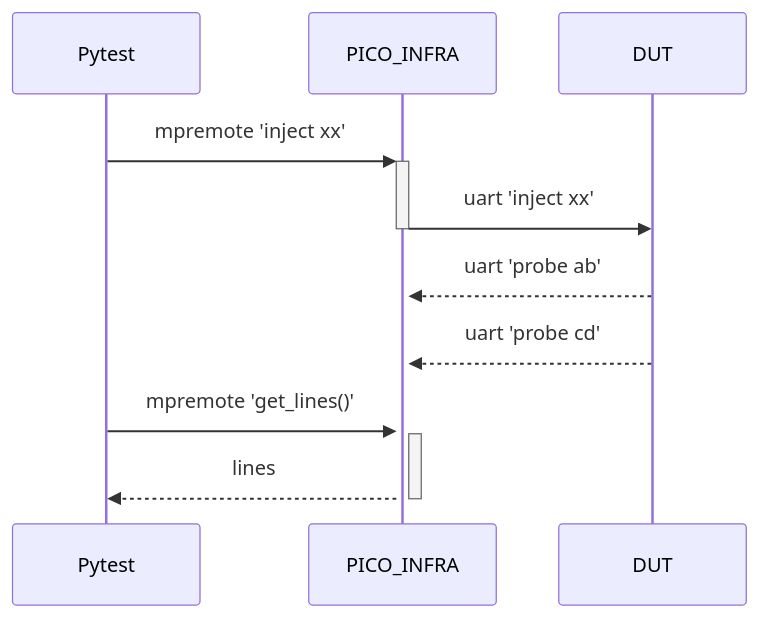
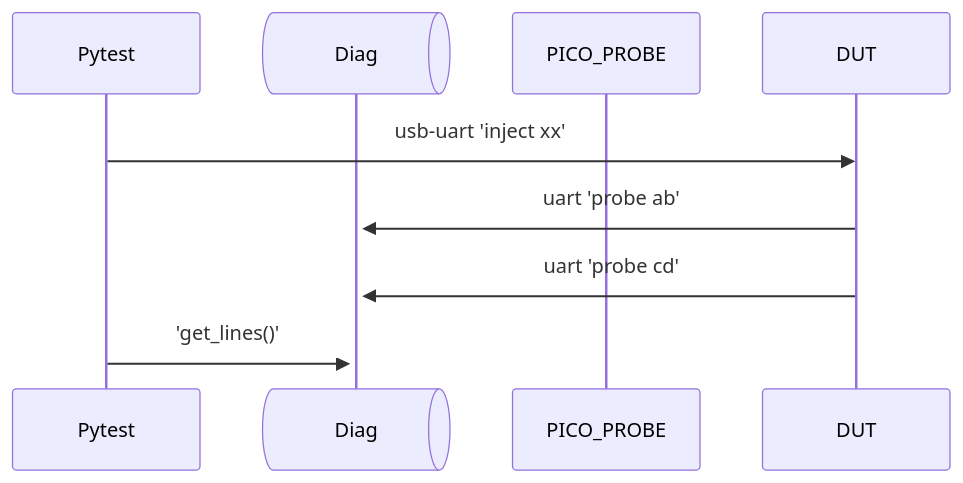
The diagram in docs/implementation/30_diagnose_uart/index.rst (hmaerki/experiment_octoprobe_testbed_heatguard), drawn with Mermaid before and after one commit. The commit also changed other lines of this file and 4 other files, not shown here.

```diff
--- a/docs/implementation/30_diagnose_uart/index.rst
+++ b/docs/implementation/30_diagnose_uart/index.rst
@@ -13,11 +13,16 @@
 .. mermaid::
 
    sequenceDiagram
-      Pytest->>+PICO_INFRA: mpremote 'inject xx'
-      PICO_INFRA->>-DUT: uart 'inject xx'
-      DUT-->>+PICO_INFRA: uart 'probe ab'
-      DUT-->>+PICO_INFRA: uart 'probe cd'
 
+      participant Pytest
+      participant Diag@{ "type" : "queue" }
+      participant PICO_PROBE
+      participant DUT
 
-      Pytest->>+PICO_INFRA: mpremote 'get_lines()'
-      PICO_INFRA-->>-Pytest: lines
+      Pytest->>DUT: usb-uart 'inject xx'
+
+      DUT->>+Diag: uart 'probe ab'
+
+      DUT->>Diag: uart 'probe cd'
+
+      Pytest->>Diag: 'get_lines()'
```
